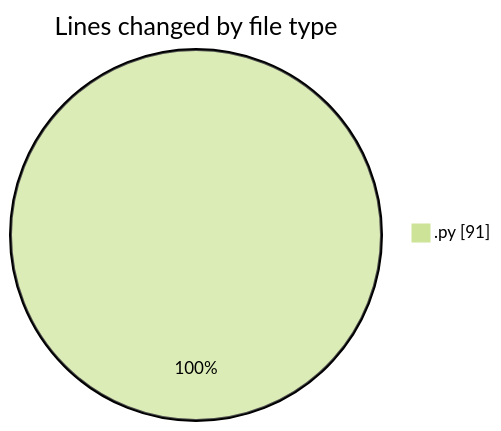
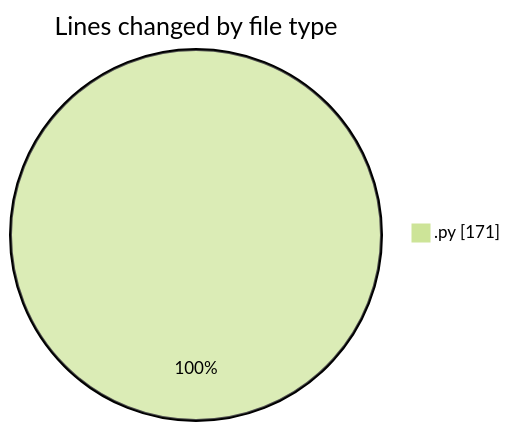
Before and after one commit to hasnaa123/code-tracking: the first of 2 diagrams in 2026-02-22/student_performance_system/README.md, drawn with Mermaid (forest theme). The commit also changed other lines of this file and 1 other file, not shown here.

````diff
--- a/2026-02-22/student_performance_system/README.md
+++ b/2026-02-22/student_performance_system/README.md
@@ -20,5 +20,5 @@
 ```mermaid
 pie showData
 title Lines changed by file type
-".py" : 91
+".py" : 171
 ```
````
